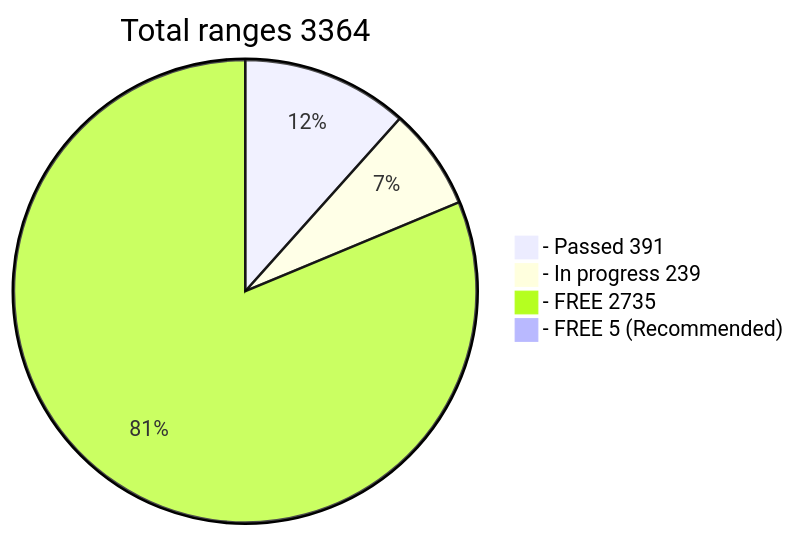
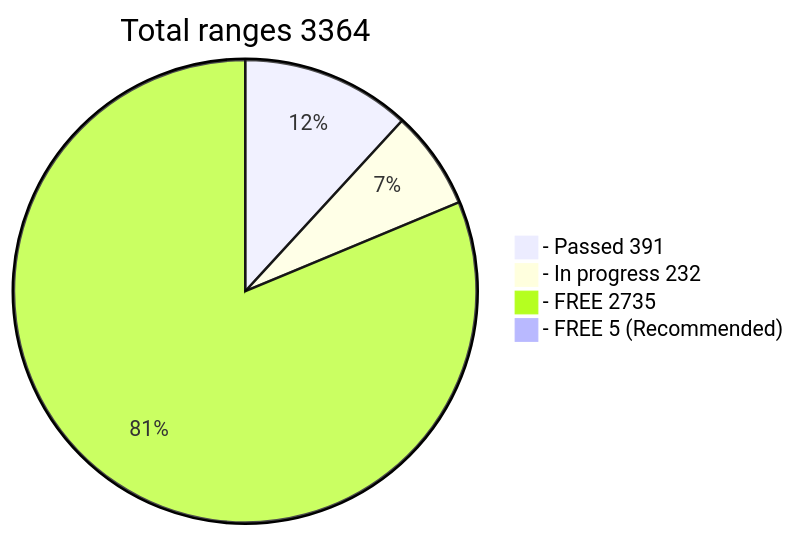
Before and after one commit to phrutis/wif500: the diagram in README.md, drawn with Mermaid.

````diff
--- a/README.md
+++ b/README.md
@@ -16,7 +16,7 @@
 ```mermaid
 pie title Total ranges 3364
-  "- Passed 391" : 391
-  "- In progress 239" : 239
+  "- Passed 391" : 398
+  "- In progress 232" : 232
   "- FREE 2735" : 2735
   "- FREE 5 (Recommended)" : 5
 ```
````
